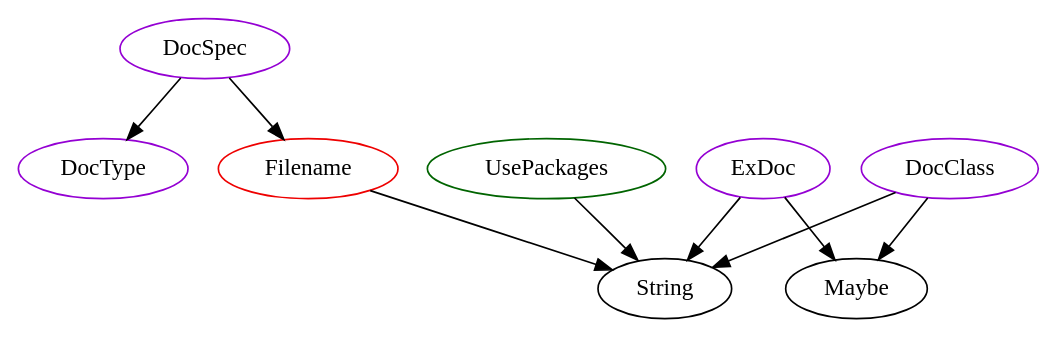
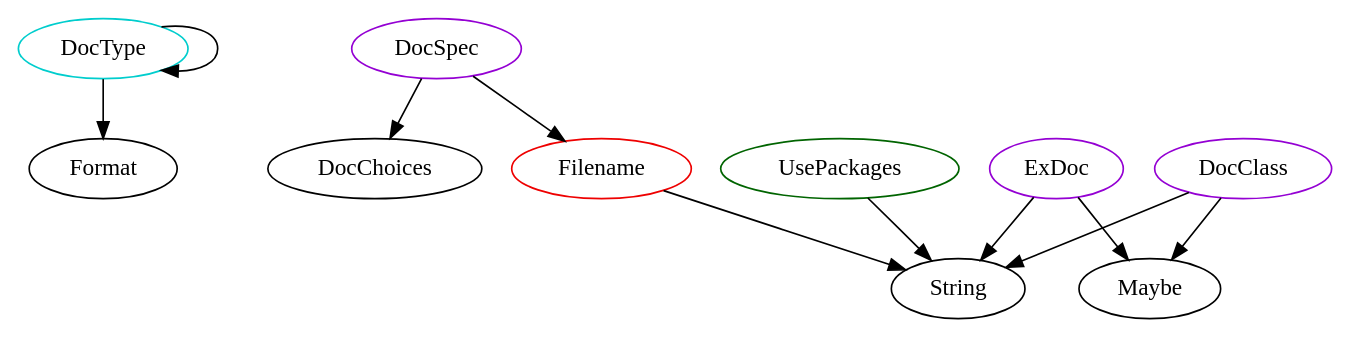
Before and after one commit to JacquesCarette/Drasil: the diagram in analysis/TypeDependencyGraphs/gen.dot, drawn with Graphviz. The commit also changed 8395 other files, not shown here.

```diff
--- a/analysis/TypeDependencyGraphs/gen.dot
+++ b/analysis/TypeDependencyGraphs/gen.dot
@@ -1,32 +1,34 @@
 digraph alltypes {
 	subgraph formats {
 		subgraph doctype{
-		DocType	[shape=oval, color=darkviolet, label="DocType"];
+		DocType -> DocType;
+		DocType -> Format;
+		DocType	[shape=oval, color=cyan3, label="DocType"];
 		}
 		subgraph docspec{
-		DocSpec -> DocType;
+		DocSpec -> DocChoices;
 		DocSpec -> Filename;
 		DocSpec	[shape=oval, color=darkviolet, label="DocSpec"];
 		}
 		subgraph docclass{
 		DocClass -> Maybe;
 		DocClass -> String;
 		DocClass	[shape=oval, color=darkviolet, label="DocClass"];
 		}
 		subgraph exdoc{
 		ExDoc -> Maybe;
 		ExDoc -> String;
 		ExDoc	[shape=oval, color=darkviolet, label="ExDoc"];
 		}
 		subgraph usepackages{
 		UsePackages -> String;
 		UsePackages	[shape=oval, color=darkgreen, label="UsePackages"];
 		}
 		subgraph filename{
 		Filename -> String;
 		Filename	[shape=oval, color=red2, label="Filename"];
 		}
 	}
 	subgraph generate {
 	}
 }
```
